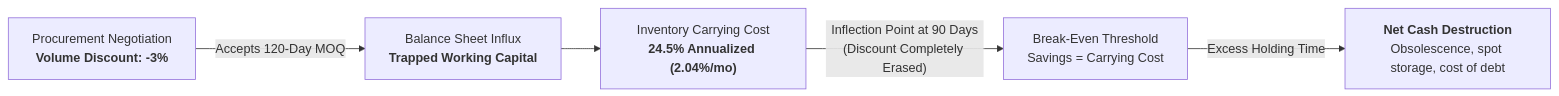
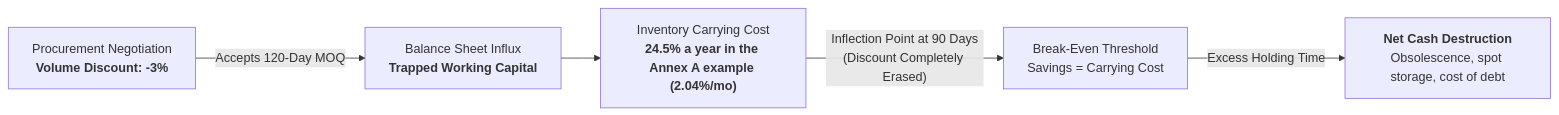
Before and after one commit to esstipi-debug/mellon: the first of 3 diagrams in MOQ-WORKING-CAPITAL-GOVERNANCE-WHITEPAPER.md, drawn with Mermaid. The commit also changed other lines of this file and 3 other files, not shown here.

````diff
--- a/MOQ-WORKING-CAPITAL-GOVERNANCE-WHITEPAPER.md
+++ b/MOQ-WORKING-CAPITAL-GOVERNANCE-WHITEPAPER.md
@@ -44,7 +44,7 @@
 ```mermaid
 flowchart LR
     A["Procurement Negotiation<br/><b>Volume Discount: -3%</b>"] -->|Accepts 120-Day MOQ| B["Balance Sheet Influx<br/><b>Trapped Working Capital</b>"]
-    B --> C["Inventory Carrying Cost<br/><b>24.5% Annualized (2.04%/mo)</b>"]
+    B --> C["Inventory Carrying Cost<br/><b>24.5% a year in the Annex A example (2.04%/mo)</b>"]
     C -->|"Inflection Point at 90 Days<br/>(Discount Completely Erased)"| D["Break-Even Threshold<br/>Savings = Carrying Cost"]
     D -->|Excess Holding Time| E["<b>Net Cash Destruction</b><br/>Obsolescence, spot storage, cost of debt"]
 ```
````
